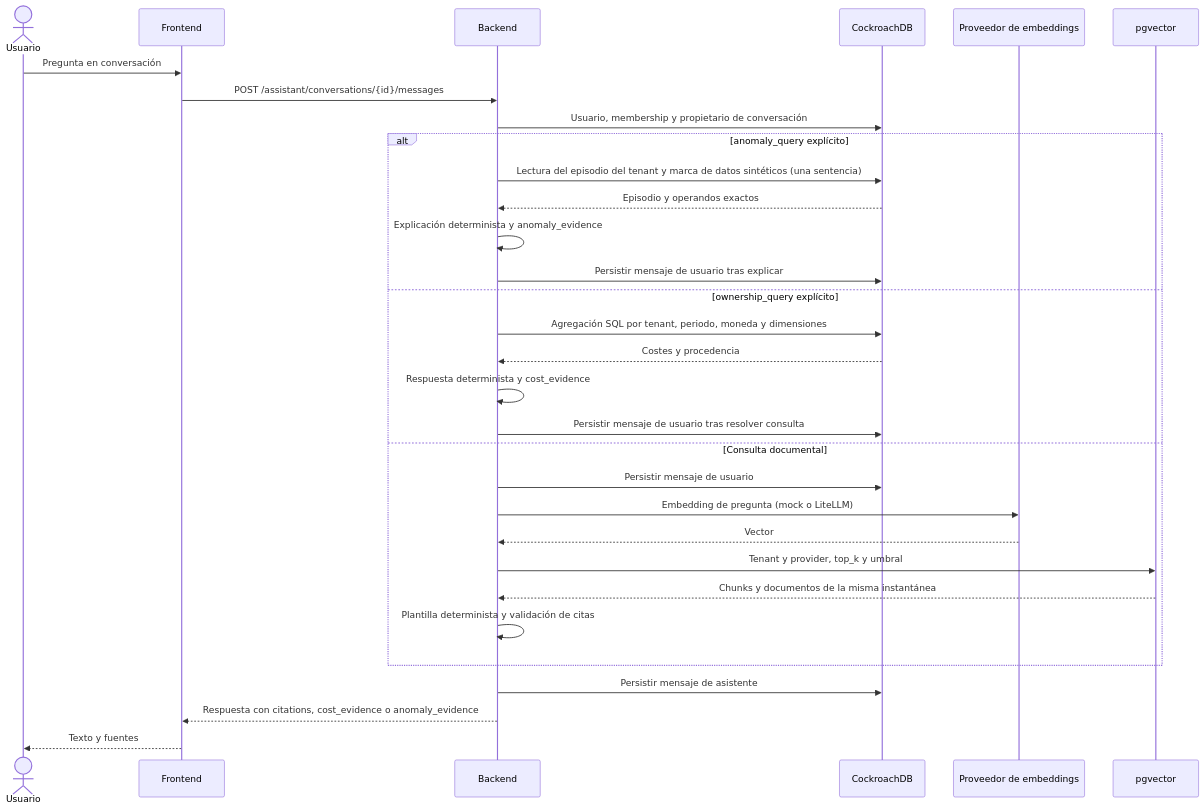
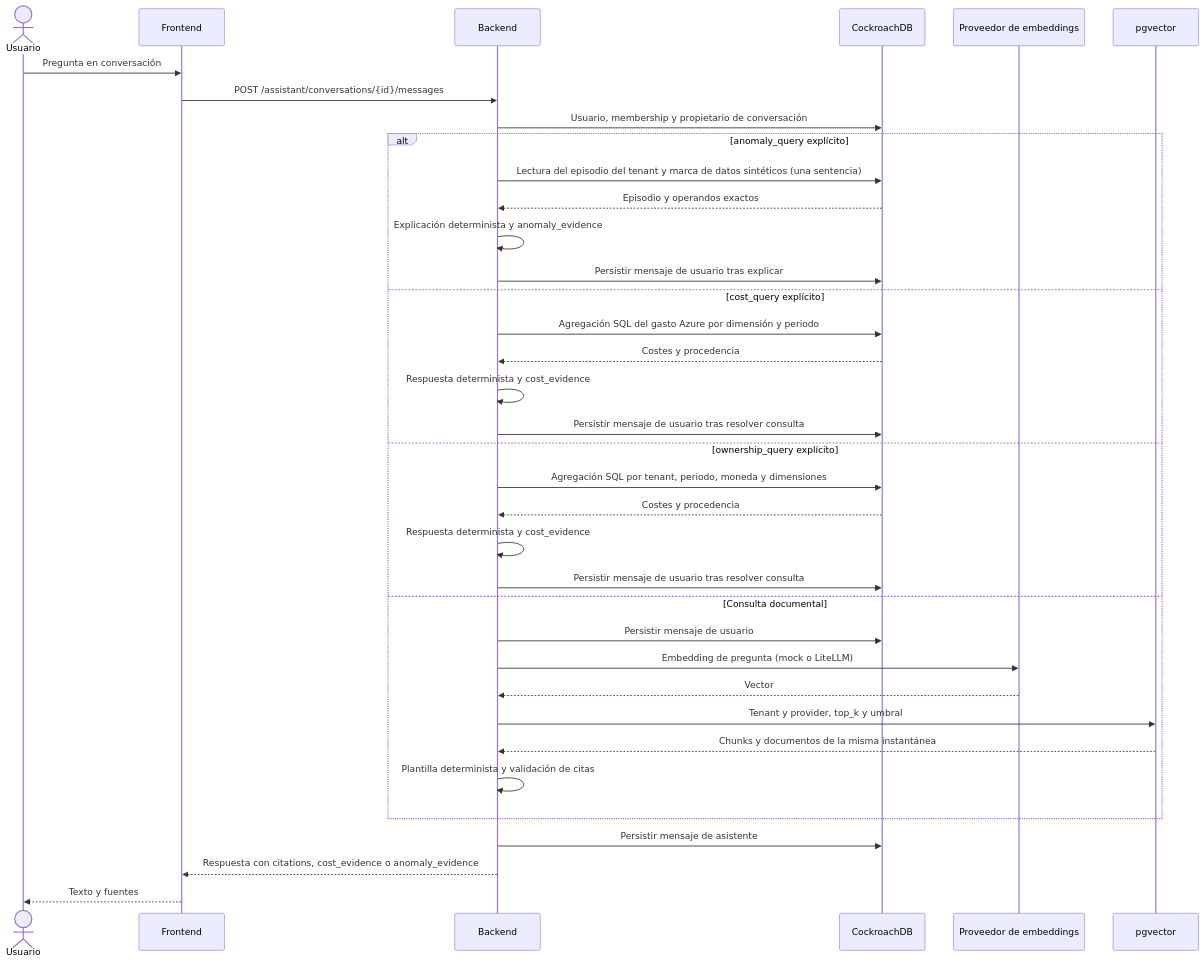
One commit to EconomiconFinOps/tfm-economicon changed the second of 10 diagrams in docs/architecture.md. Above: the diagram before and after it, drawn with Mermaid. The commit also changed other lines of this file and 2 other files, not shown here.

Commit message:
docs(JUP-138): architecture.md — componentes, flujos y datos al día (§1 a §4)

````diff
--- a/docs/architecture.md
+++ b/docs/architecture.md
@@ -65,33 +79,38 @@
 ```mermaid
 sequenceDiagram
   actor U as Usuario
   participant UI as Frontend
   participant B as Backend
   participant DB as CockroachDB
   participant E as Proveedor de embeddings
   participant V as pgvector
   U->>UI: Pregunta en conversación
   UI->>B: POST /assistant/conversations/{id}/messages
   B->>DB: Usuario, membership y propietario de conversación
   alt anomaly_query explícito
     B->>DB: Lectura del episodio del tenant y marca de datos sintéticos (una sentencia)
     DB-->>B: Episodio y operandos exactos
     B->>B: Explicación determinista y anomaly_evidence
     B->>DB: Persistir mensaje de usuario tras explicar
+  else cost_query explícito
+    B->>DB: Agregación SQL del gasto Azure por dimensión y periodo
+    DB-->>B: Costes y procedencia
+    B->>B: Respuesta determinista y cost_evidence
+    B->>DB: Persistir mensaje de usuario tras resolver consulta
   else ownership_query explícito
     B->>DB: Agregación SQL por tenant, periodo, moneda y dimensiones
     DB-->>B: Costes y procedencia
     B->>B: Respuesta determinista y cost_evidence
     B->>DB: Persistir mensaje de usuario tras resolver consulta
   else Consulta documental
   B->>DB: Persistir mensaje de usuario
   B->>E: Embedding de pregunta (mock o LiteLLM)
   E-->>B: Vector
   B->>V: Tenant y provider, top_k y umbral
   V-->>B: Chunks y documentos de la misma instantánea
   B->>B: Plantilla determinista y validación de citas
   end
   B->>DB: Persistir mensaje de asistente
   B-->>UI: Respuesta con citations, cost_evidence o anomaly_evidence
   UI-->>U: Texto y fuentes
 ```
````
